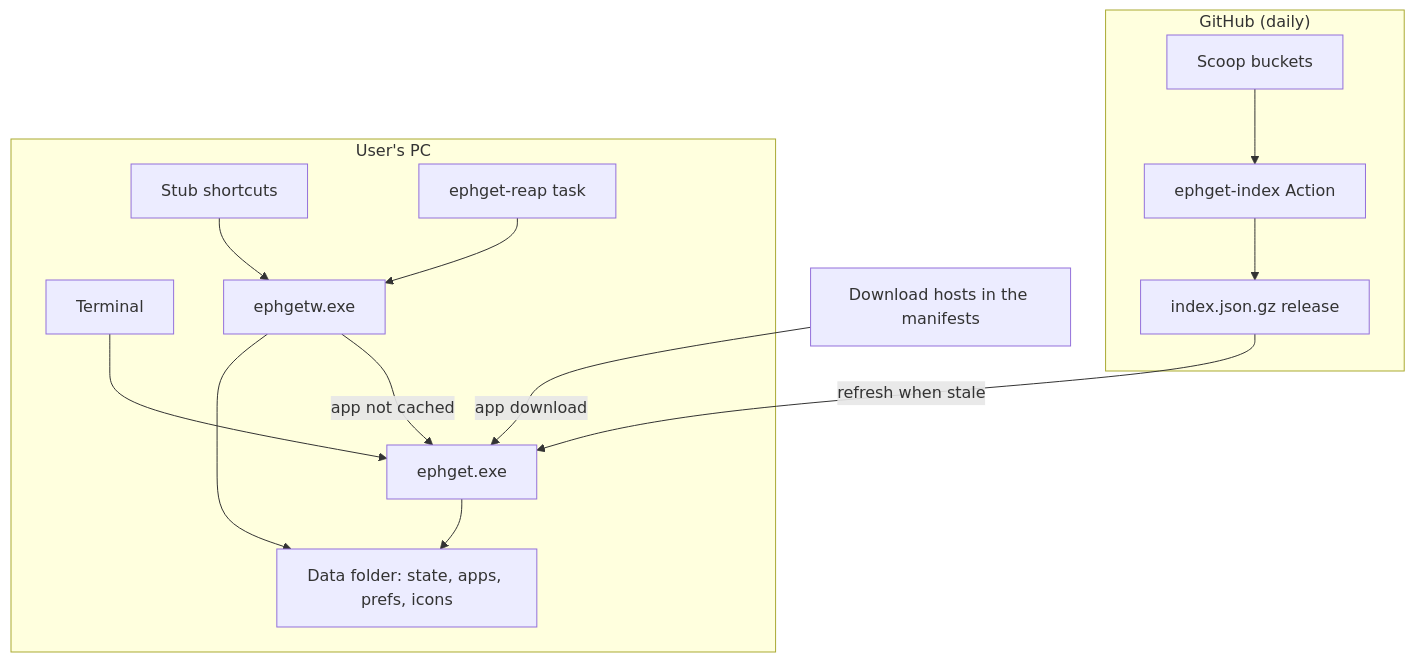
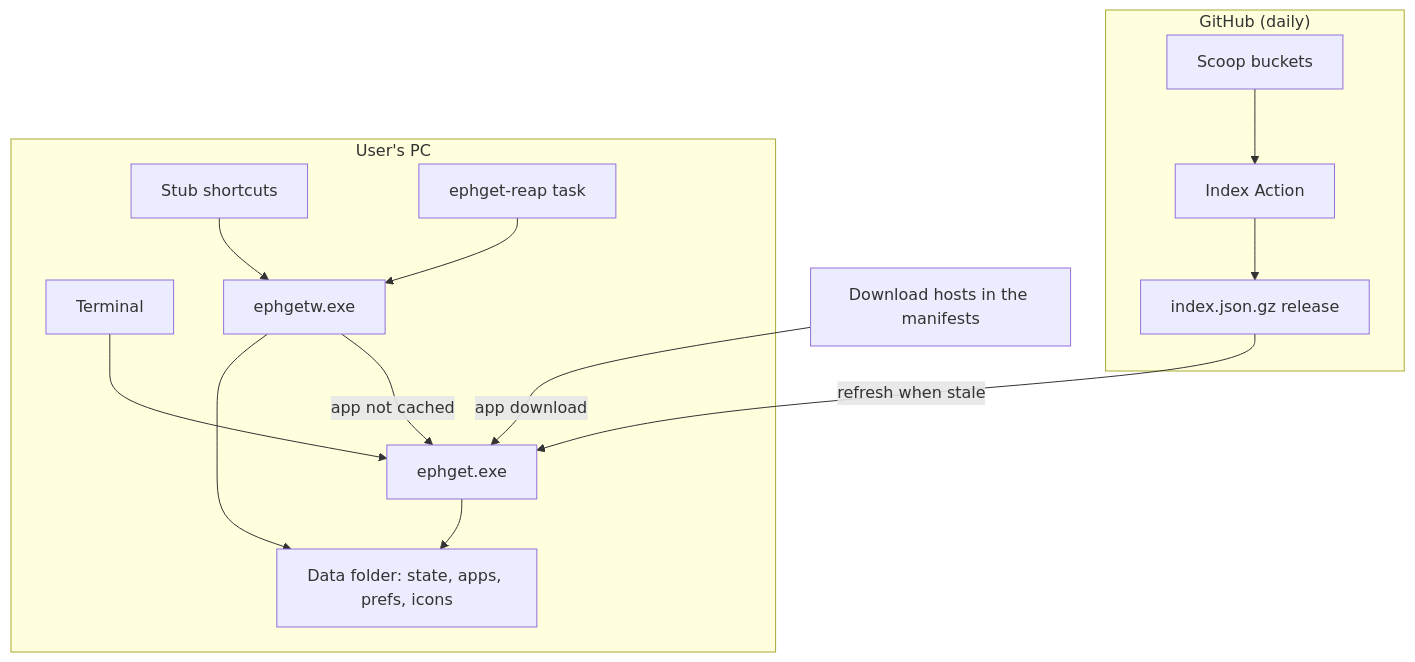
Before and after one commit to Dryd33n/ephget: the second of 2 diagrams in ephget — Software Specification.md, drawn with Mermaid. The commit also changed other lines of this file and 27 other files, not shown here.

First line of the commit message:
Move index pipeline into Ephget repository

````diff
--- a/ephget — Software Specification.md
+++ b/ephget — Software Specification.md
@@ -192,19 +192,19 @@
 ```mermaid
 flowchart TD
     subgraph cloud["GitHub (daily)"]
-        buckets["Scoop buckets"] --> action["ephget-index Action"]
+        buckets["Scoop buckets"] --> action["Index Action"]
         action --> index["index.json.gz release"]
     end
 
     subgraph pc["User's PC"]
         user["Terminal"] --> ephget["ephget.exe"]
         stub["Stub shortcuts"] --> ephgetw["ephgetw.exe"]
         task["ephget-reap task"] --> ephgetw
         ephgetw -- "app not cached" --> ephget
         ephget --> data["Data folder: state, apps, prefs, icons"]
         ephgetw --> data
     end
 
     index -- "refresh when stale" --> ephget
     hosts["Download hosts in the manifests"] -- "app download" --> ephget
 ```
````
